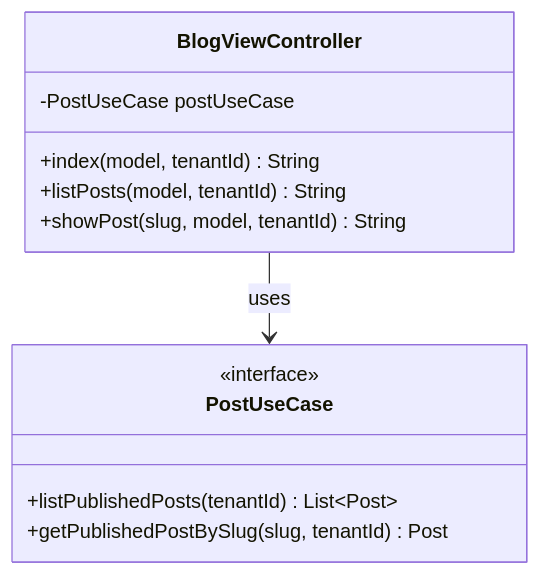
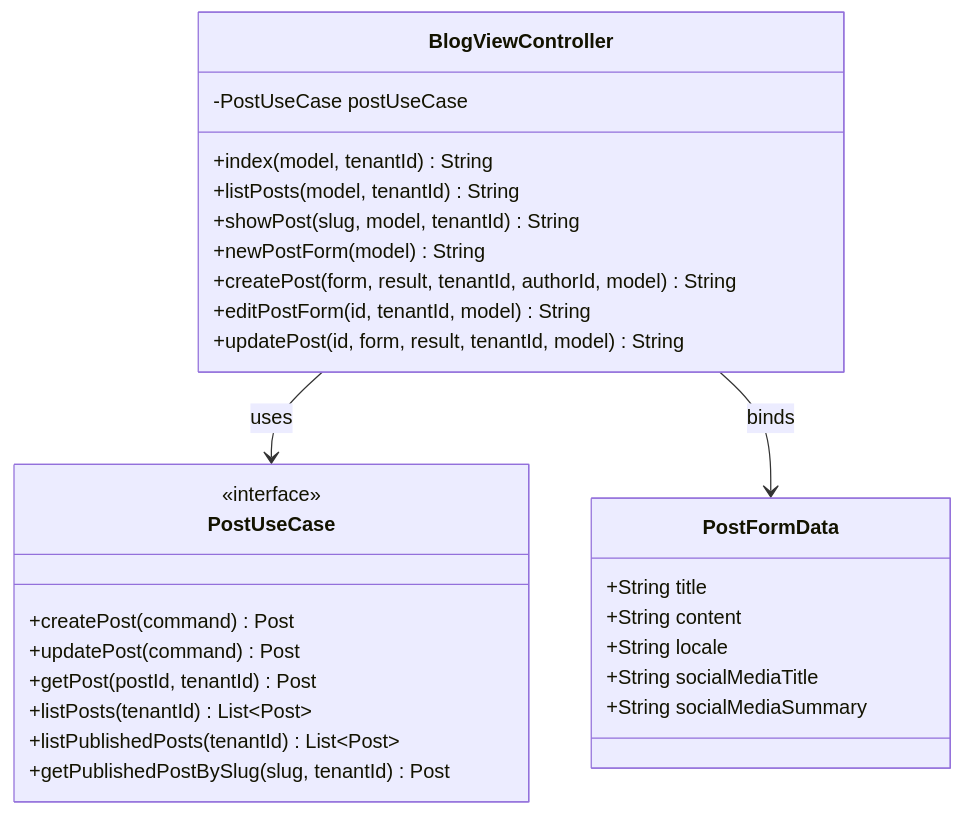
Before and after one commit to tomirgang/tomsblog: the fourth of 10 diagrams in docs/design/modules/ROOT/pages/blog-content/index.adoc, drawn with Mermaid. The commit also changed other lines of this file and 9 other files, not shown here.

Commit message:
edit posts

```diff
--- a/docs/design/modules/ROOT/pages/blog-content/index.adoc
+++ b/docs/design/modules/ROOT/pages/blog-content/index.adoc
@@ -350,18 +350,35 @@
 [mermaid]
 ----
 classDiagram
     class BlogViewController {
         -PostUseCase postUseCase
         +index(model, tenantId) String
         +listPosts(model, tenantId) String
         +showPost(slug, model, tenantId) String
+        +newPostForm(model) String
+        +createPost(form, result, tenantId, authorId, model) String
+        +editPostForm(id, tenantId, model) String
+        +updatePost(id, form, result, tenantId, model) String
+    }
+
+    class PostFormData {
+        +String title
+        +String content
+        +String locale
+        +String socialMediaTitle
+        +String socialMediaSummary
     }
 
     class PostUseCase {
         <<interface>>
+        +createPost(command) Post
+        +updatePost(command) Post
+        +getPost(postId, tenantId) Post
+        +listPosts(tenantId) List~Post~
         +listPublishedPosts(tenantId) List~Post~
         +getPublishedPostBySlug(slug, tenantId) Post
     }
 
     BlogViewController --> PostUseCase : uses
+    BlogViewController --> PostFormData : binds
 ----
```
